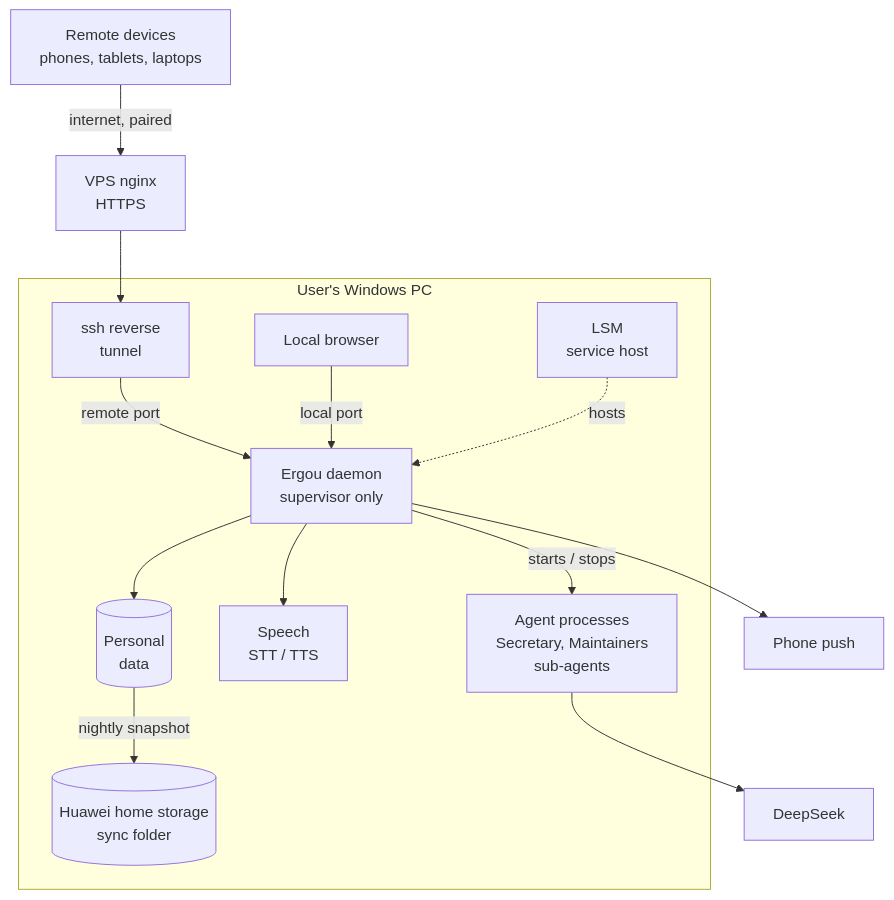
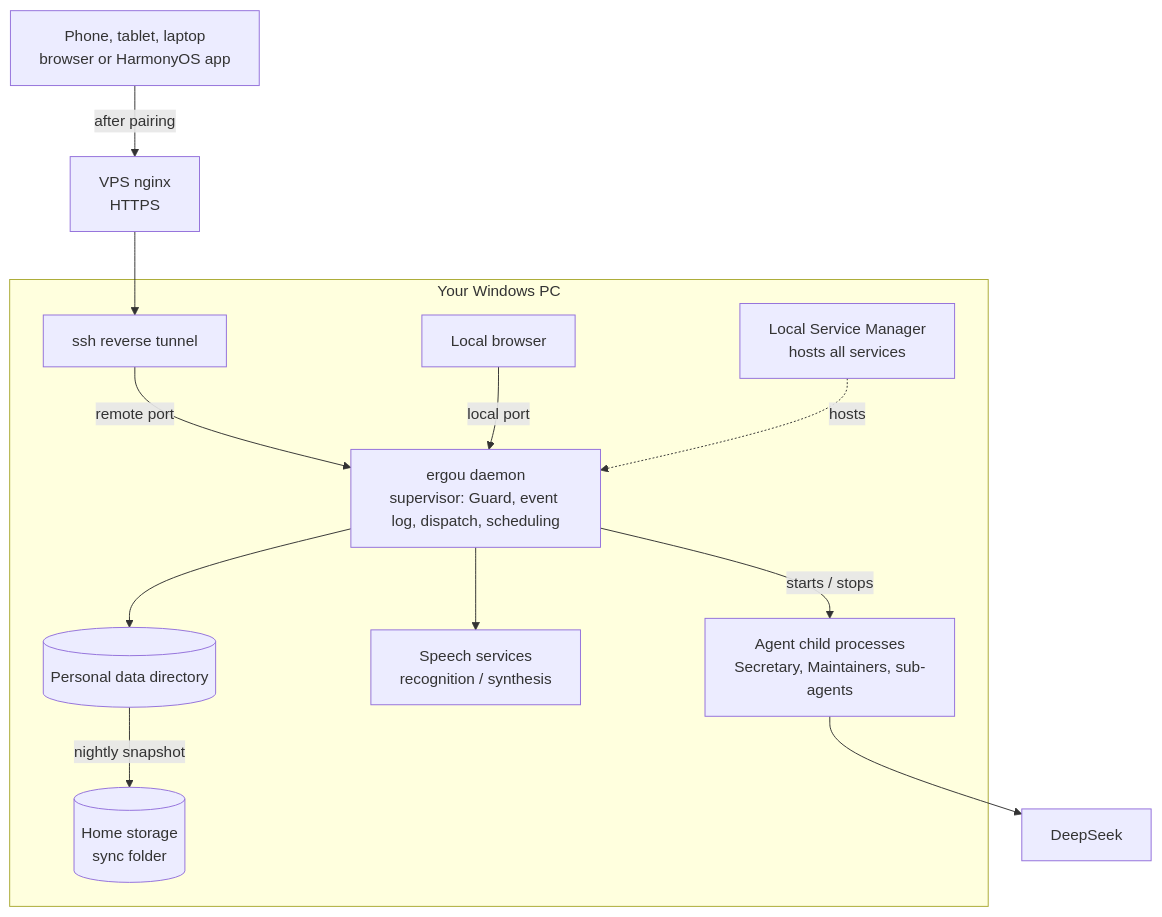
Before and after one commit to catmaniii/ergo: the second of 2 diagrams in README.en.md, drawn with Mermaid. The commit also changed other lines of this file and 14 other files, not shown here.

First line of the commit message:
docs: README 按 0.2.0 重写（第一期亮点：长程任务一次授权执行到底、时间线三层缩放、守卫、三种做法 × 三种触发、项目与维护者、语音、多端；和 OpenClaw 的对照；第二期规划），配经典、贴纸便当、像素小屋三套风格的截图；英文版同步

````diff
--- a/README.en.md
+++ b/README.en.md
@@ -294,28 +215,24 @@
 ```mermaid
 flowchart TB
-    CLIENTS["Remote devices<br/>phones, tablets, laptops"]
+    CLIENTS["Phone, tablet, laptop<br/>browser or HarmonyOS app"]
     NGX["VPS nginx<br/>HTTPS"]
-    subgraph PC["User's Windows PC"]
+    subgraph PC["Your Windows PC"]
         LOCAL["Local browser"]
-        TUN["ssh reverse<br/>tunnel"]
-        LSM["LSM<br/>service host"]
-        DAEMON["Ergou daemon<br/>supervisor only"]
-        AGENTS["Agent processes<br/>Secretary, Maintainers<br/>sub-agents"]
-        SPEECH["Speech<br/>STT / TTS"]
-        DATA[("Personal<br/>data")]
-        SYNC[("Huawei home storage<br/>sync folder")]
+        TUN["ssh reverse tunnel"]
+        LSM["Local Service Manager<br/>hosts all services"]
+        DAEMON["ergou daemon<br/>supervisor: Guard, event log, dispatch, scheduling"]
+        AGENTS["Agent child processes<br/>Secretary, Maintainers, sub-agents"]
+        SPEECH["Speech services<br/>recognition / synthesis"]
+        DATA[("Personal data directory")]
+        SYNC[("Home storage<br/>sync folder")]
     end
     DS["DeepSeek"]
-    PUSH["Phone push"]
-    CLIENTS -->|"internet, paired"| NGX
-    NGX --> TUN
-    TUN -->|"remote port"| DAEMON
+    CLIENTS -->|"after pairing"| NGX --> TUN -->|"remote port"| DAEMON
     LOCAL -->|"local port"| DAEMON
     LSM -.->|"hosts"| DAEMON
     DAEMON -->|"starts / stops"| AGENTS
     AGENTS --> DS
     DAEMON --> SPEECH
     DAEMON --> DATA
-    DAEMON --> PUSH
     DATA -->|"nightly snapshot"| SYNC
 ```
````
